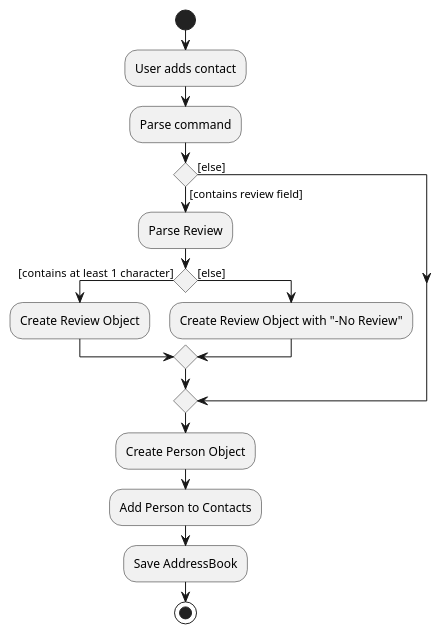
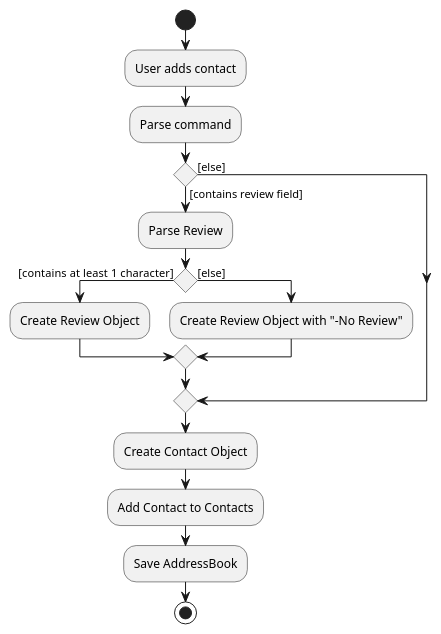
The diagram in docs/diagrams/ReviewActivityDiagram.puml (nus-cs2103-AY2122S1/tp), drawn with PlantUML before and after one commit. The commit also changed 15 other files, not shown here.

Commit message:
Change person to contacts for documentation and diagrams

```diff
--- a/docs/diagrams/ReviewActivityDiagram.puml
+++ b/docs/diagrams/ReviewActivityDiagram.puml
@@ -1,24 +1,24 @@
 @startuml
 'https://plantuml.com/activity-diagram-beta
 
 start
 :User adds contact;
 :Parse command;
 if () then ([contains review field])
   :Parse Review;
   if () then ([contains at least  1 character])
   :Create Review Object;
   else ([else])
   :Create Review Object with "-No Review";
   endif
 
 else ([else])
 endif
 
-:Create Person Object;
-:Add Person to Contacts;
+:Create Contact Object;
+:Add Contact to Contacts;
 :Save AddressBook;
 
 stop
 
 @enduml
```
